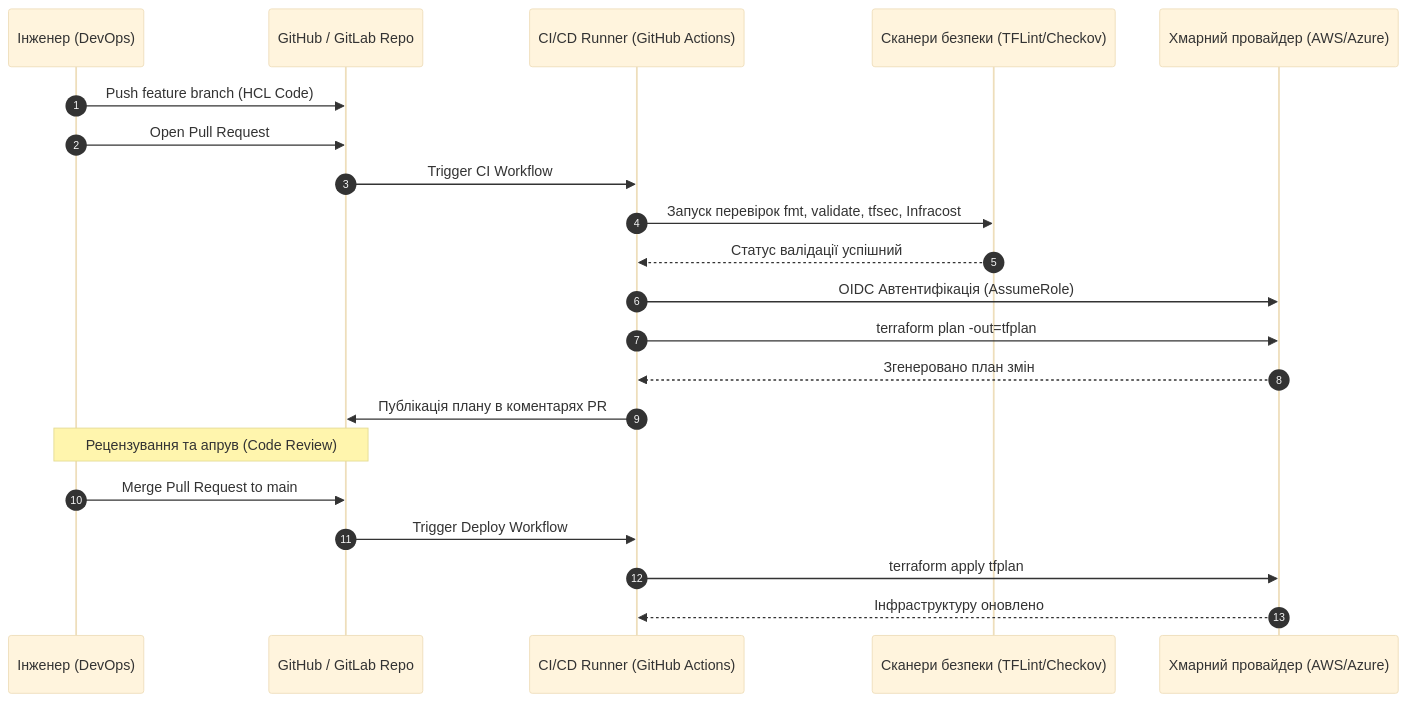
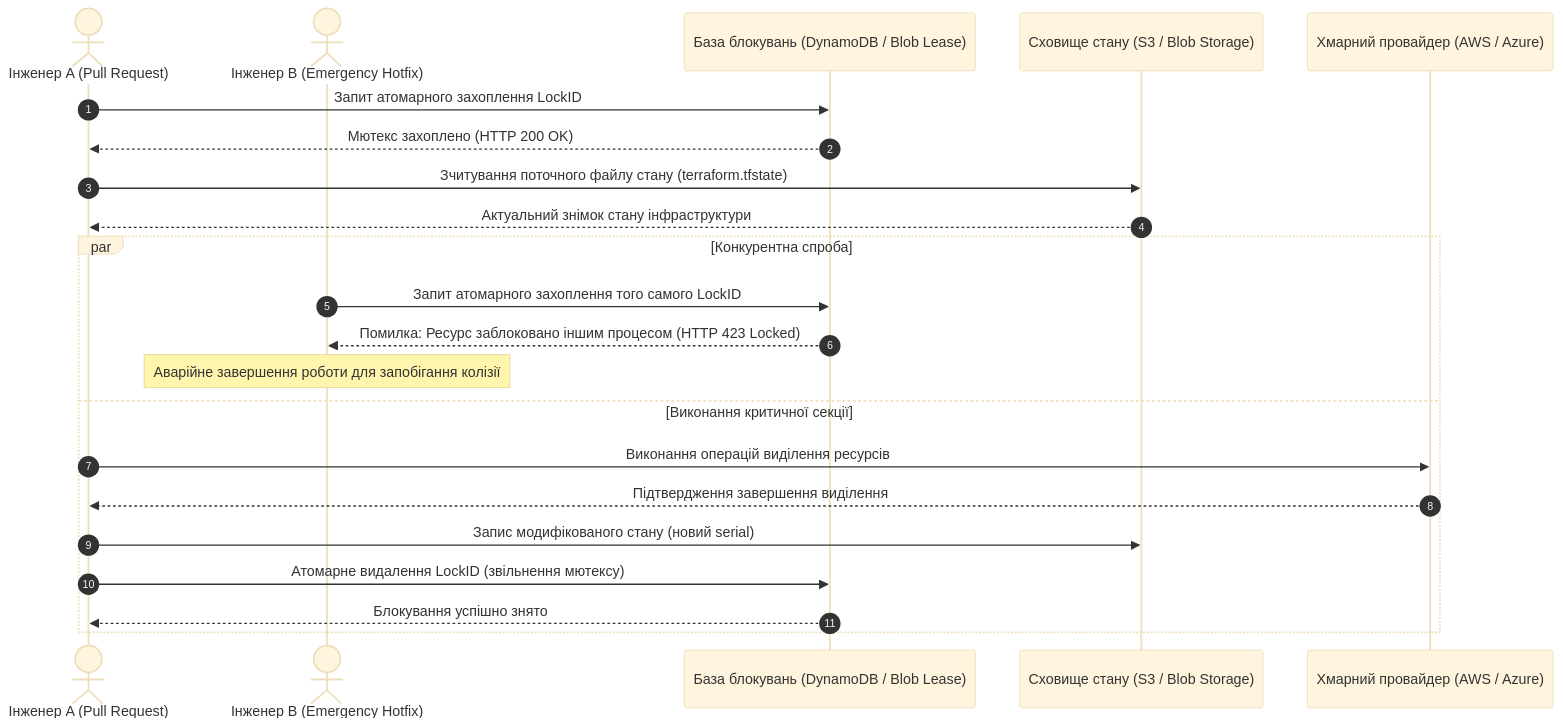
The third of 4 diagrams in docs/lk/lk6.md (KyryloVadurin/cloud-technologies), drawn with Mermaid (base theme) before and after one commit. The commit also changed other lines of this file, not shown here.

````diff
--- a/docs/lk/lk6.md
+++ b/docs/lk/lk6.md
@@ -278,24 +231,26 @@
 ```mermaid
 sequenceDiagram
     autonumber
-    participant Dev as Інженер (DevOps)
-    participant Git as GitHub / GitLab Repo
-    participant CI as CI/CD Runner (GitHub Actions)
-    participant Sec as Сканери безпеки (TFLint/Checkov)
-    participant Cloud as Хмарний провайдер (AWS/Azure)
+    actor DevA as Інженер A (Pull Request)
+    actor DevB as Інженер B (Emergency Hotfix)
+    participant LockDB as База блокувань (DynamoDB / Blob Lease)
+    participant StateStore as Сховище стану (S3 / Blob Storage)
+    participant CloudAPI as Хмарний провайдер (AWS / Azure)
 
-    Dev->>Git: Push feature branch (HCL Code)
-    Dev->>Git: Open Pull Request
-    Git->>CI: Trigger CI Workflow
-    CI->>Sec: Запуск перевірок fmt, validate, tfsec, Infracost
-    Sec-->>CI: Статус валідації успішний
-    CI->>Cloud: OIDC Автентифікація (AssumeRole)
-    CI->>Cloud: terraform plan -out=tfplan
-    Cloud-->>CI: Згенеровано план змін
-    CI->>Git: Публікація плану в коментарях PR
-    Note over Git,Dev: Рецензування та апрув (Code Review)
-    Dev->>Git: Merge Pull Request to main
-    Git->>CI: Trigger Deploy Workflow
-    CI->>Cloud: terraform apply tfplan
-    Cloud-->>CI: Інфраструктуру оновлено
+    DevA->>LockDB: Запит атомарного захоплення LockID
+    LockDB-->>DevA: Мютекс захоплено (HTTP 200 OK)
+    DevA->>StateStore: Зчитування поточного файлу стану (terraform.tfstate)
+    StateStore-->>DevA: Актуальний знімок стану інфраструктури
+    
+    par Конкурентна спроба
+        DevB->>LockDB: Запит атомарного захоплення того самого LockID
+        LockDB-->>DevB: Помилка: Ресурс заблоковано іншим процесом (HTTP 423 Locked)
+        Note over DevB: Аварійне завершення роботи для запобігання колізії
+    and Виконання критичної секції
+        DevA->>CloudAPI: Виконання операцій виділення ресурсів
+        CloudAPI-->>DevA: Підтвердження завершення виділення
+        DevA->>StateStore: Запис модифікованого стану (новий serial)
+        DevA->>LockDB: Атомарне видалення LockID (звільнення мютексу)
+        LockDB-->>DevA: Блокування успішно знято
+    end
 ```
````
